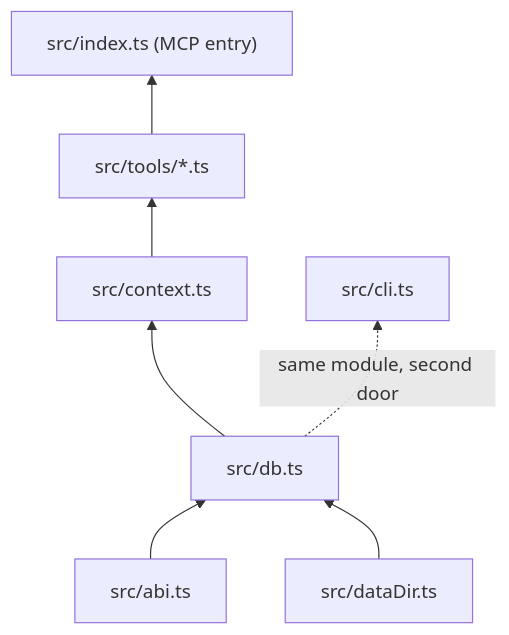
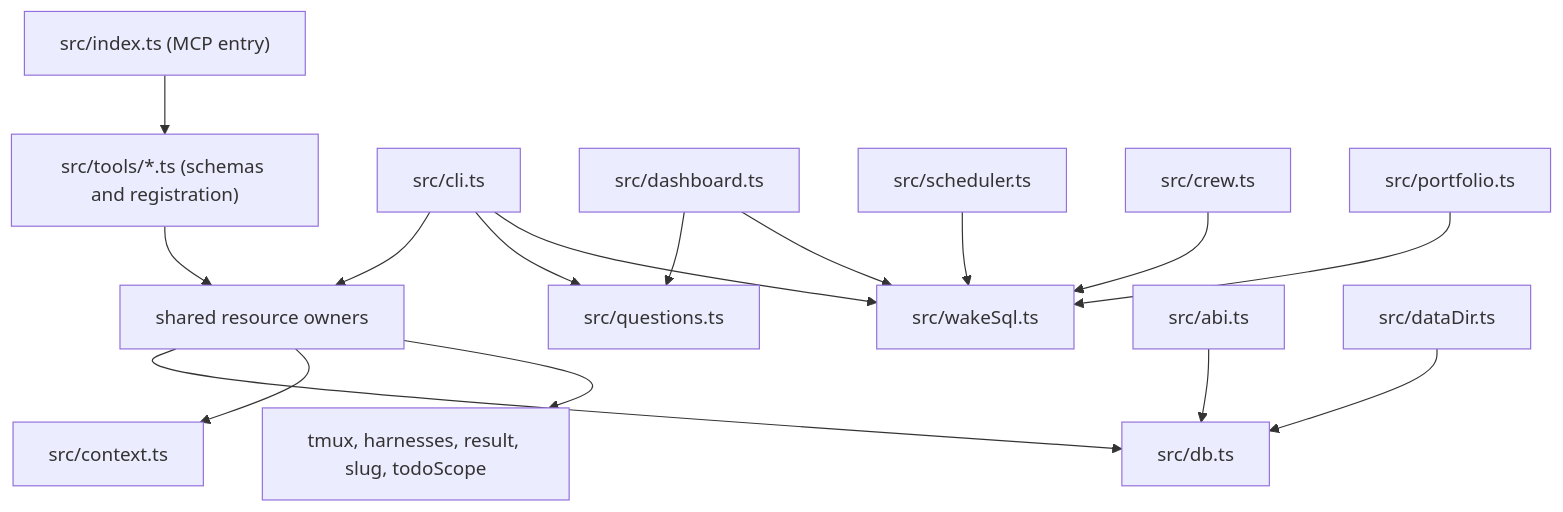
Before and after one commit to cmgmyr/hive: the second of 8 diagrams in docs/architecture.md, drawn with Mermaid. The commit also changed other lines of this file and 32 other files, not shown here.

First line of the commit message:
Move shared operations below CLI and MCP; AST import-graph gate (todo 1991, lane B of 1953) (#152)

````diff
--- a/docs/architecture.md
+++ b/docs/architecture.md
@@ -38,9 +42,18 @@
 ```mermaid
-flowchart BT
-    abi["src/abi.ts"] --> dbmod["src/db.ts"]
-    dataDir["src/dataDir.ts"] --> dbmod
-    dbmod --> context["src/context.ts"]
-    context --> tools["src/tools/*.ts"]
-    tools --> index["src/index.ts (MCP entry)"]
-    dbmod -.->|"same module, second door"| clim["src/cli.ts"]
+flowchart TB
+    index["src/index.ts (MCP entry)"] --> registrations["src/tools/*.ts (schemas and registration)"]
+    cli["src/cli.ts"] --> owners["shared resource owners"]
+    registrations --> owners
+    cli --> questions["src/questions.ts"]
+    dashboard["src/dashboard.ts"] --> questions
+    dashboard --> wakeSql["src/wakeSql.ts"]
+    cli --> wakeSql
+    scheduler["src/scheduler.ts"] --> wakeSql
+    crew["src/crew.ts"] --> wakeSql
+    portfolio["src/portfolio.ts"] --> wakeSql
+    owners --> db["src/db.ts"]
+    owners --> context["src/context.ts"]
+    owners --> leaves["tmux, harnesses, result, slug, todoScope"]
+    abi["src/abi.ts"] --> db
+    dataDir["src/dataDir.ts"] --> db
 ```
````
